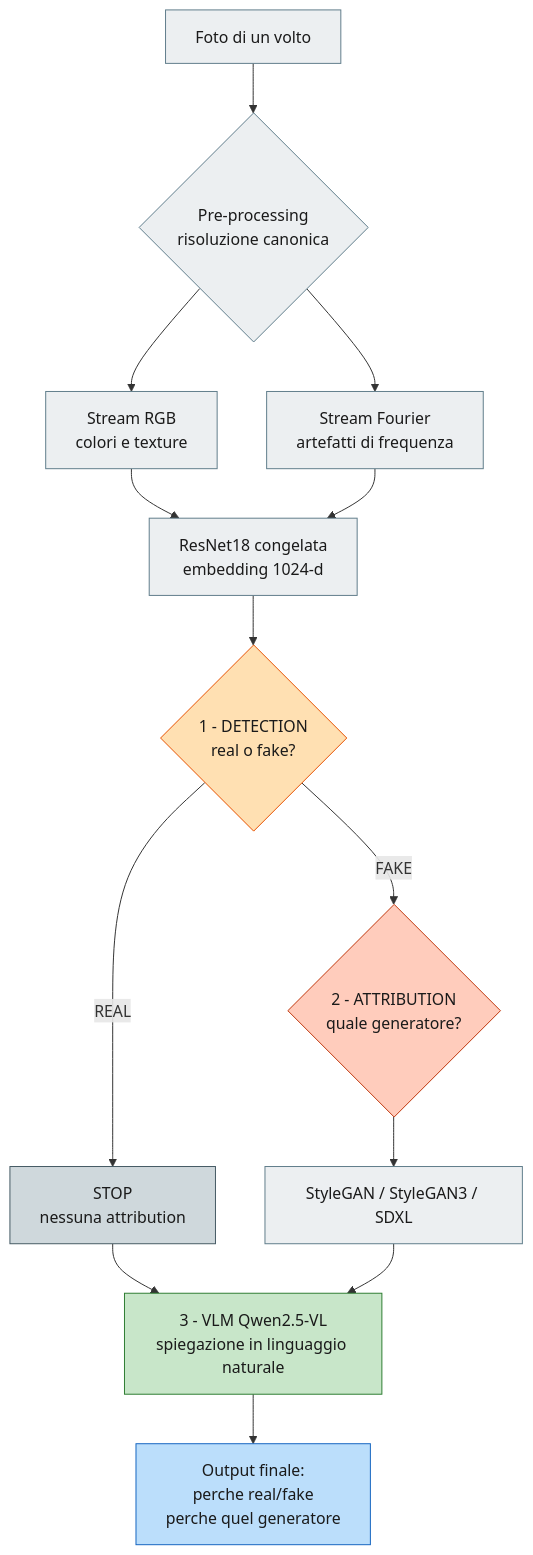
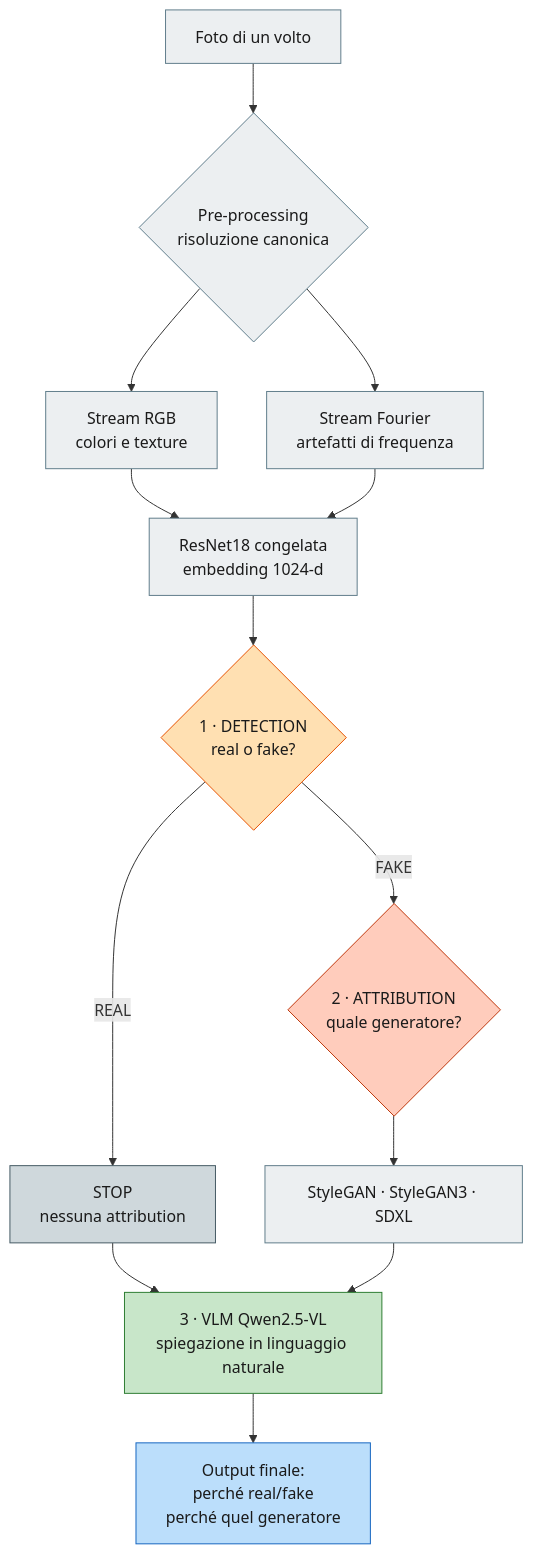
Before and after one commit to giuliopedicone02/MultimediaForensics: the diagram in Progetto/report/report.md, drawn with Mermaid.

Commit message:
Fix diagramma Mermaid report: etichette quotate (no piu' parsing rotto)

````diff
--- a/Progetto/report/report.md
+++ b/Progetto/report/report.md
@@ -97,37 +97,37 @@
 ```mermaid
 flowchart TD
-    A[Foto di un volto] --> B{Pre-processing<br/>risoluzione canonica}
+    A["Foto di un volto"] --> B{"Pre-processing<br/>risoluzione canonica"}
 
-    B --> C1[Stream RGB<br/>colori e texture]
-    B --> C2[Stream Fourier<br/>artefatti di frequenza]
+    B --> C1["Stream RGB<br/>colori e texture"]
+    B --> C2["Stream Fourier<br/>artefatti di frequenza"]
 
-    C1 --> D[ResNet18 congelata<br/>embedding 1024-d]
+    C1 --> D["ResNet18 congelata<br/>embedding 1024-d"]
     C2 --> D
 
-    D --> E{1 - DETECTION<br/>real o fake?}
+    D --> E{"1 · DETECTION<br/>real o fake?"}
 
-    E -->|REAL| F[STOP<br/>nessuna attribution]
-    E -->|FAKE| G{2 - ATTRIBUTION<br/>quale generatore?}
+    E -->|REAL| F["STOP<br/>nessuna attribution"]
+    E -->|FAKE| G{"2 · ATTRIBUTION<br/>quale generatore?"}
 
-    G --> H[StyleGAN / StyleGAN3 / SDXL]
+    G --> H["StyleGAN · StyleGAN3 · SDXL"]
 
-    F --> I[3 - VLM Qwen2.5-VL<br/>spiegazione in linguaggio naturale]
+    F --> I["3 · VLM Qwen2.5-VL<br/>spiegazione in linguaggio naturale"]
     H --> I
 
-    I --> J[Output finale:<br/>perche real/fake<br/>perche quel generatore]
+    I --> J["Output finale:<br/>perché real/fake<br/>perché quel generatore"]
 
     %% fill chiaro + testo scuro su OGNI nodo: leggibile sia in tema chiaro sia scuro
     classDef step fill:#eceff1,stroke:#607d8b,color:#1a1a1a
     classDef det  fill:#ffe0b2,stroke:#e65100,color:#1a1a1a
     classDef attr fill:#ffccbc,stroke:#bf360c,color:#1a1a1a
     classDef stop fill:#cfd8dc,stroke:#455a64,color:#1a1a1a
     classDef vlm  fill:#c8e6c9,stroke:#2e7d32,color:#1a1a1a
     classDef out  fill:#bbdefb,stroke:#1565c0,color:#1a1a1a
 
     class A,B,C1,C2,D,H step
     class E det
     class G attr
     class F stop
     class I vlm
     class J out
 ```
````
